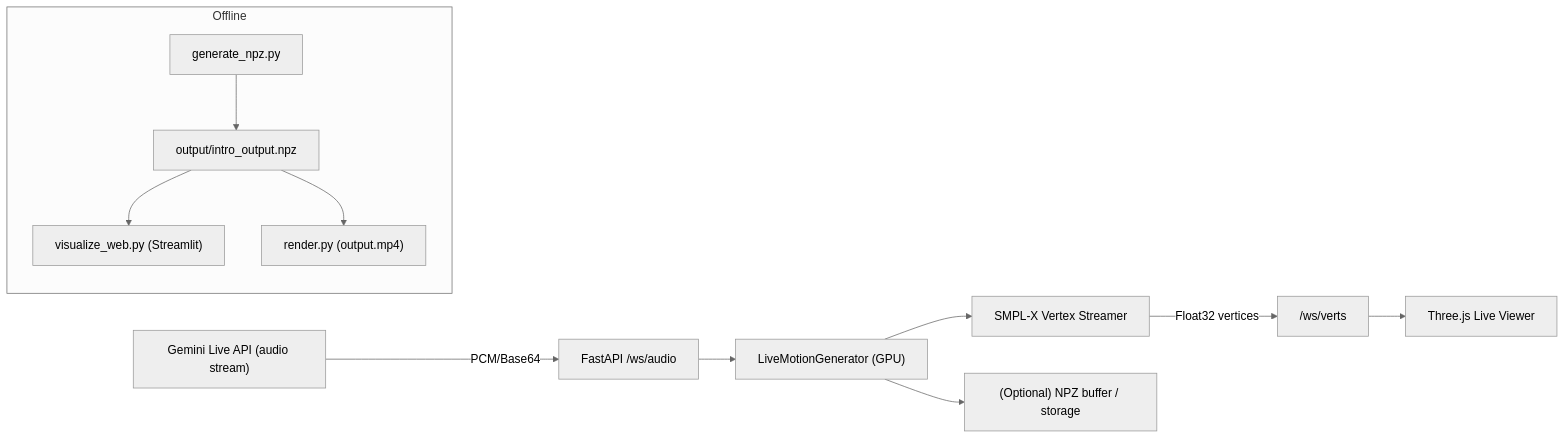
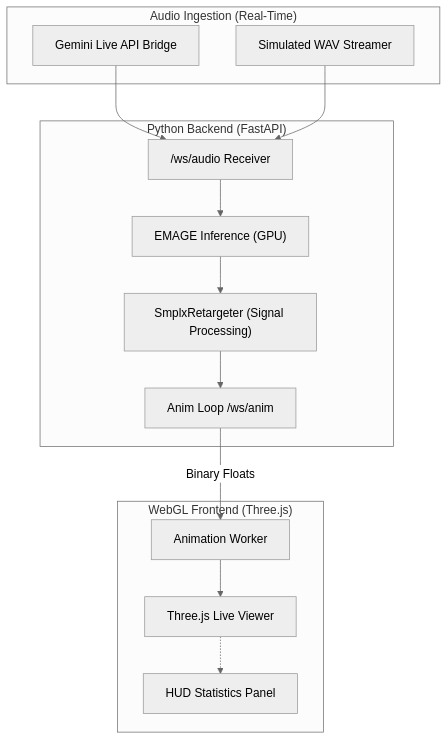
Before and after one commit to surajgju/npz_generator: the diagram in README.md, drawn with Mermaid (neutral theme). The commit also changed other lines of this file and 35 other files, not shown here.

First line of the commit message:
feat: implement real-time 3D avatar streaming and optimize assets

````diff
--- a/README.md
+++ b/README.md
@@ -69,15 +79,31 @@
 ```mermaid
-flowchart LR
-    A["Gemini Live API (audio stream)"] -->|PCM/Base64| B["FastAPI /ws/audio"]
-    B --> C["LiveMotionGenerator (GPU)"]
-    C --> D["SMPL‑X Vertex Streamer"]
-    D -->|Float32 vertices| E["/ws/verts"]
-    E --> F["Three.js Live Viewer"]
-    C --> G["(Optional) NPZ buffer / storage"]
+flowchart TD
+    subgraph AudioSource ["Audio Ingestion (Real-Time)"]
+        A[Gemini Live API Bridge]
+        B[Simulated WAV Streamer]
+    end
 
-    subgraph Offline
-        H["generate_npz.py"] --> I["output/intro_output.npz"]
-        I --> J["visualize_web.py (Streamlit)"]
-        I --> K["render.py (output.mp4)"]
+    subgraph Backend ["Python Backend (FastAPI)"]
+        C["/ws/audio Receiver"]
+        D["EMAGE Inference (GPU)"]
+        E["SmplxRetargeter (Signal Processing)"]
+        F["Anim Loop /ws/anim"]
+        
+        C --> D
+        D --> E
+        E --> F
     end
+
+    subgraph Frontend ["WebGL Frontend (Three.js)"]
+        G[Animation Worker]
+        H[Three.js Live Viewer]
+        I[HUD Statistics Panel]
+        
+        F -->|Binary Floats| G
+        G --> H
+        H -.-> I
+    end
+
+    A --> C
+    B --> C
 ```
````
